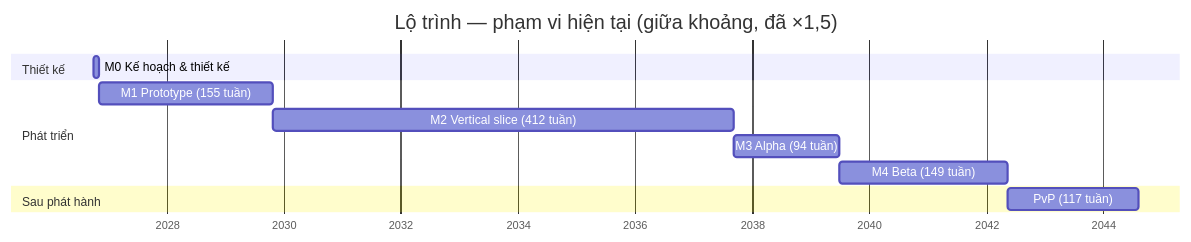
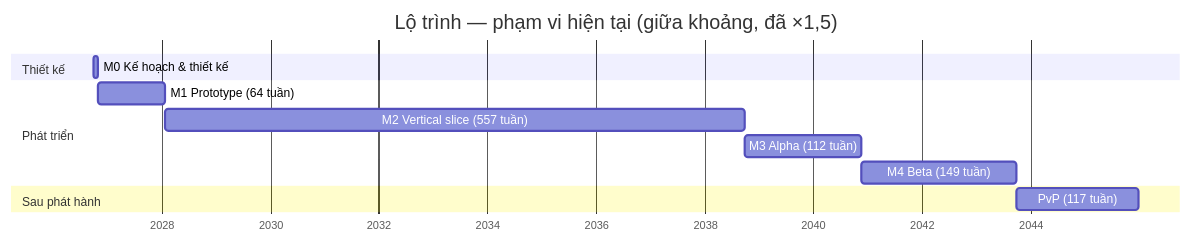
The diagram in design/05-roadmap.md (w-vi-khang/my-game), drawn with Mermaid before and after one commit. The commit also changed other lines of this file and 18 other files, not shown here.

````diff
--- a/design/05-roadmap.md
+++ b/design/05-roadmap.md
@@ -73,15 +75,15 @@
 ```mermaid
 gantt
     title Lộ trình — phạm vi hiện tại (giữa khoảng, đã ×1,5)
     dateFormat YYYY-MM-DD
     axisFormat %Y
     section Thiết kế
     M0 Kế hoạch & thiết kế        :m0, 2026-10-01, 32d
     section Phát triển
-    M1 Prototype (155 tuần)        :m1, after m0, 1084d
-    M2 Vertical slice (412 tuần)   :m2, after m1, 2881d
-    M3 Alpha (94 tuần)             :m3, after m2, 659d
+    M1 Prototype (64 tuần)         :m1, after m0, 448d
+    M2 Vertical slice (557 tuần)   :m2, after m1, 3899d
+    M3 Alpha (112 tuần)            :m3, after m2, 784d
     M4 Beta (149 tuần)             :m4, after m3, 1046d
     section Sau phát hành
     PvP (117 tuần)                 :pvp, after m4, 819d
 ```
````
